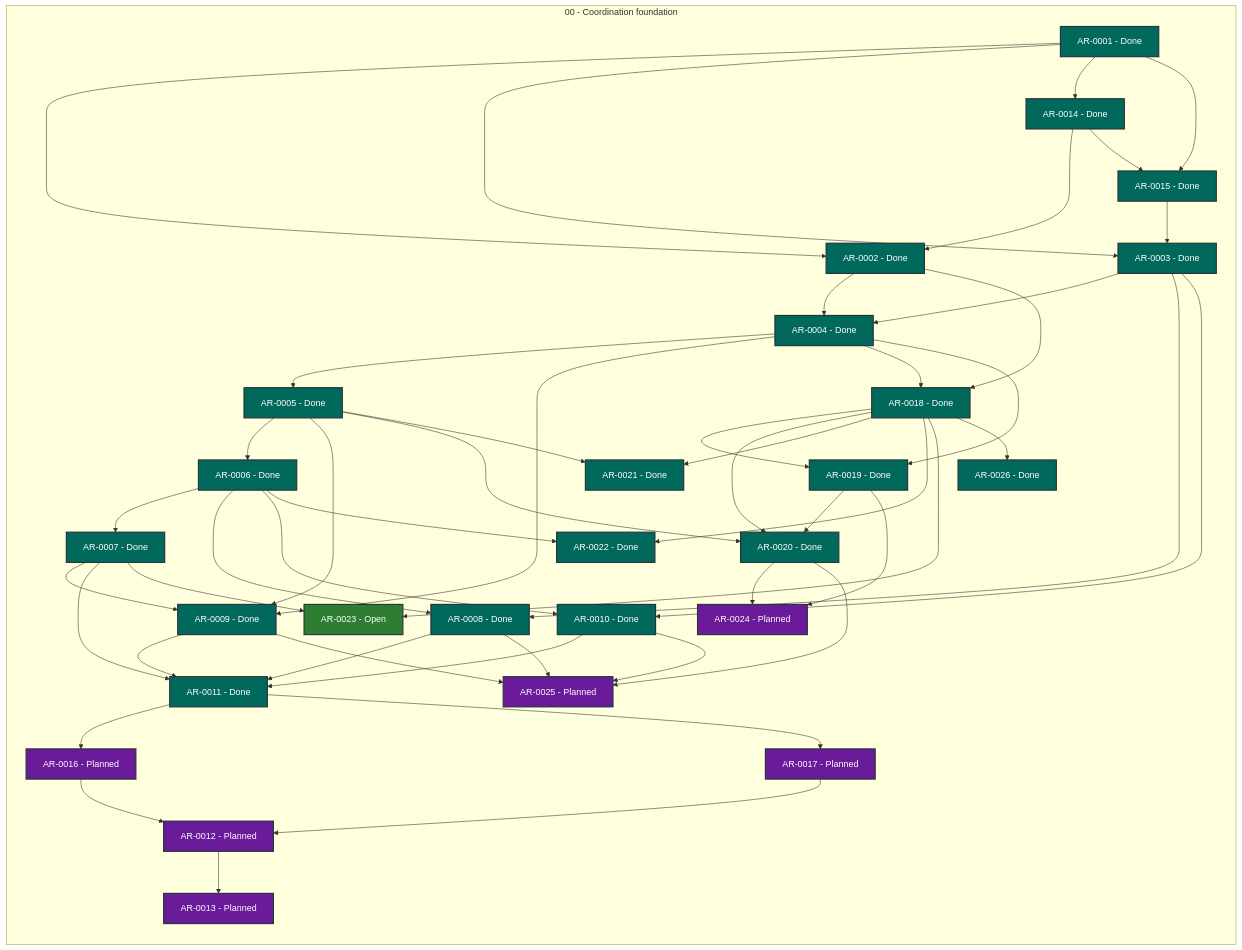
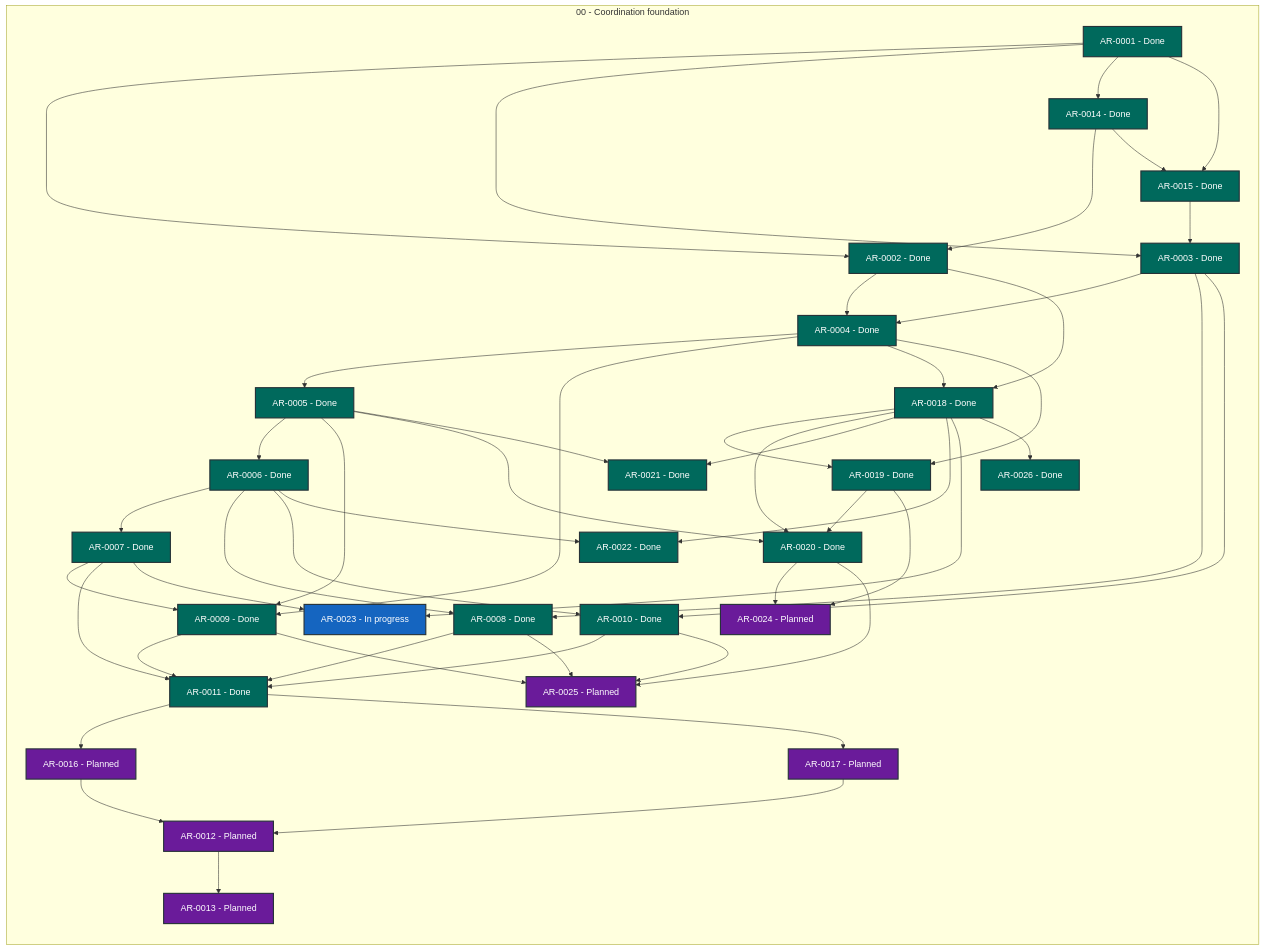
The diagram in STATUS.md (martin-beck/agent-workflow-tui-state), drawn with Mermaid before and after one commit. The commit also changed other lines of this file and 2 other files, not shown here.

```diff
--- a/STATUS.md
+++ b/STATUS.md
@@ -50,7 +50,7 @@
         AR_0020["AR-0020 - Done"]:::status_done
         AR_0021["AR-0021 - Done"]:::status_done
         AR_0022["AR-0022 - Done"]:::status_done
-        AR_0023["AR-0023 - Open"]:::status_open
+        AR_0023["AR-0023 - In progress"]:::status_in_progress
         AR_0024["AR-0024 - Planned"]:::status_planned
         AR_0025["AR-0025 - Planned"]:::status_planned
         AR_0026["AR-0026 - Done"]:::status_done
```
